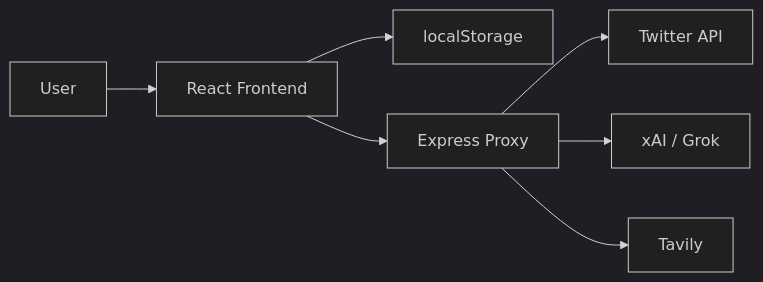
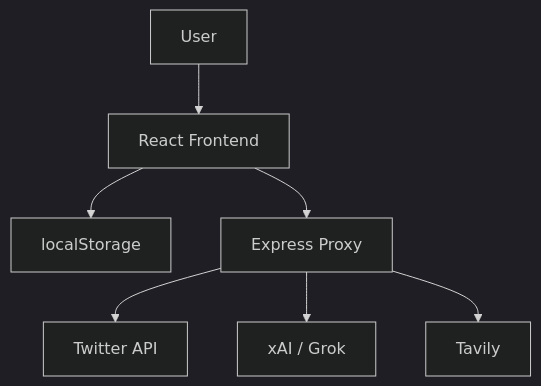
The first of 2 diagrams in docs/architecture/overview.md (thefogusz/test), drawn with Mermaid (dark theme) before and after one commit. The commit also changed 8 other files, not shown here.

Commit message:
Improve docs diagram readability and restore sidebar layout

````diff
--- a/docs/architecture/overview.md
+++ b/docs/architecture/overview.md
@@ -15,9 +15,10 @@
 ```mermaid
-flowchart LR
-  U["User"] --> FE["React Frontend"]
+flowchart TD
+  U["User"]
+  U --> FE["React Frontend"]
   FE --> LS["localStorage"]
   FE --> BE["Express Proxy"]
   BE --> TW["Twitter API"]
   BE --> XAI["xAI / Grok"]
   BE --> TV["Tavily"]
 ```
````
